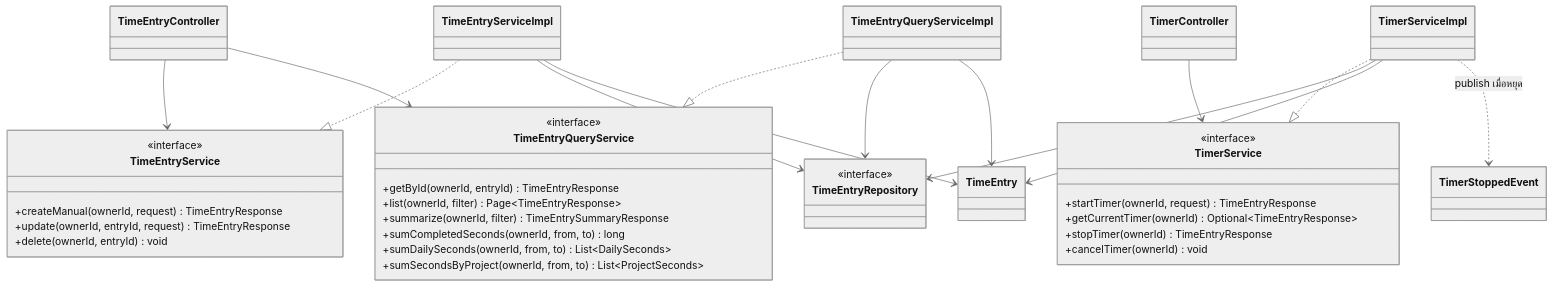
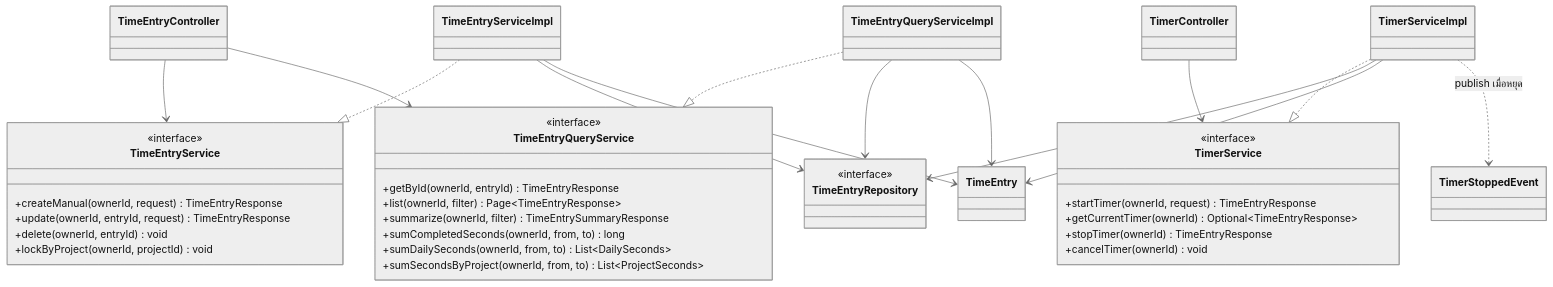
Before and after one commit to lillianxhub/freelance-hub: the first of 2 diagrams in doc/V1/DESIGN/kompat-design.md, drawn with Mermaid (neutral theme). The commit also changed other lines of this file and 2 other files, not shown here.

Commit message:
doc: update design and SOLID documentation to include project time entry locking mechanism

````diff
--- a/doc/V1/DESIGN/kompat-design.md
+++ b/doc/V1/DESIGN/kompat-design.md
@@ -19,49 +19,50 @@
 ```mermaid
 classDiagram
     class TimerController
     class TimeEntryController
     class TimerService {
         <<interface>>
         +startTimer(ownerId, request) TimeEntryResponse
         +getCurrentTimer(ownerId) Optional~TimeEntryResponse~
         +stopTimer(ownerId) TimeEntryResponse
         +cancelTimer(ownerId) void
     }
     class TimeEntryService {
         <<interface>>
         +createManual(ownerId, request) TimeEntryResponse
         +update(ownerId, entryId, request) TimeEntryResponse
         +delete(ownerId, entryId) void
+        +lockByProject(ownerId, projectId) void
     }
     class TimeEntryQueryService {
         <<interface>>
         +getById(ownerId, entryId) TimeEntryResponse
         +list(ownerId, filter) Page~TimeEntryResponse~
         +summarize(ownerId, filter) TimeEntrySummaryResponse
         +sumCompletedSeconds(ownerId, from, to) long
         +sumDailySeconds(ownerId, from, to) List~DailySeconds~
         +sumSecondsByProject(ownerId, from, to) List~ProjectSeconds~
     }
     class TimerServiceImpl
     class TimeEntryServiceImpl
     class TimeEntryQueryServiceImpl
     class TimeEntryRepository {
         <<interface>>
     }
     class TimeEntry
     class TimerStoppedEvent
 
     TimerController --> TimerService
     TimeEntryController --> TimeEntryService
     TimeEntryController --> TimeEntryQueryService
     TimerServiceImpl ..|> TimerService
     TimeEntryServiceImpl ..|> TimeEntryService
     TimeEntryQueryServiceImpl ..|> TimeEntryQueryService
     TimerServiceImpl --> TimeEntryRepository
     TimeEntryServiceImpl --> TimeEntryRepository
     TimeEntryQueryServiceImpl --> TimeEntryRepository
     TimerServiceImpl --> TimeEntry
     TimeEntryServiceImpl --> TimeEntry
     TimeEntryQueryServiceImpl --> TimeEntry
     TimerServiceImpl ..> TimerStoppedEvent : publish เมื่อหยุด
 ```
````
